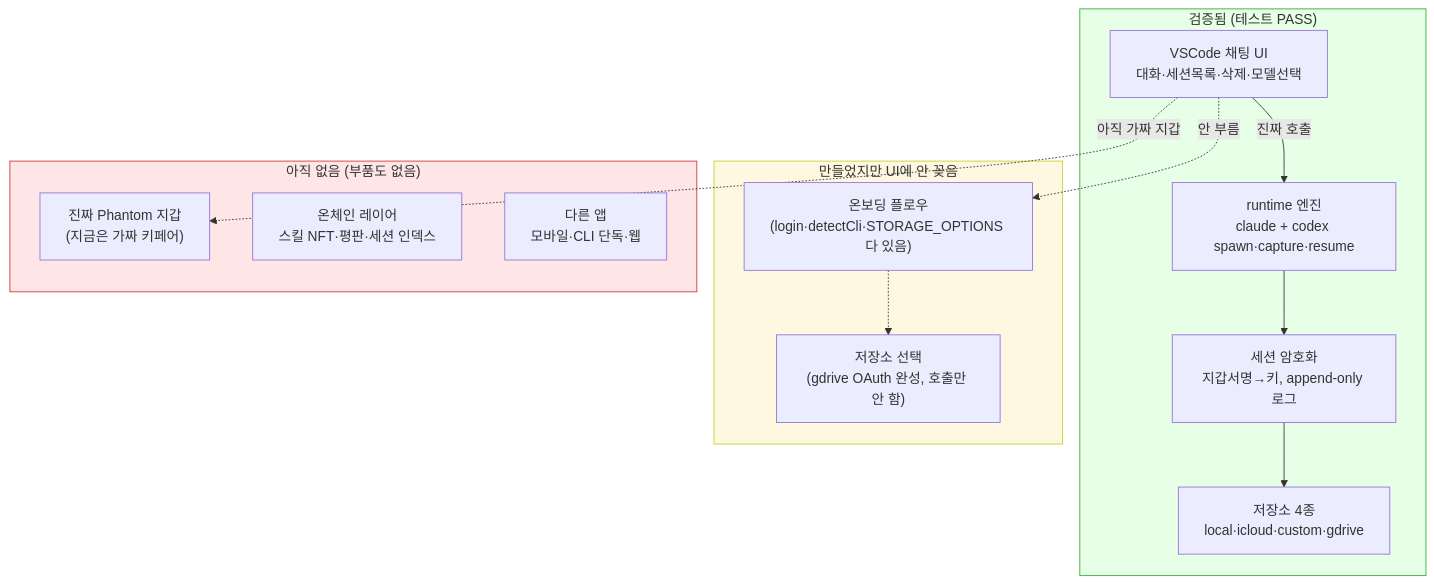
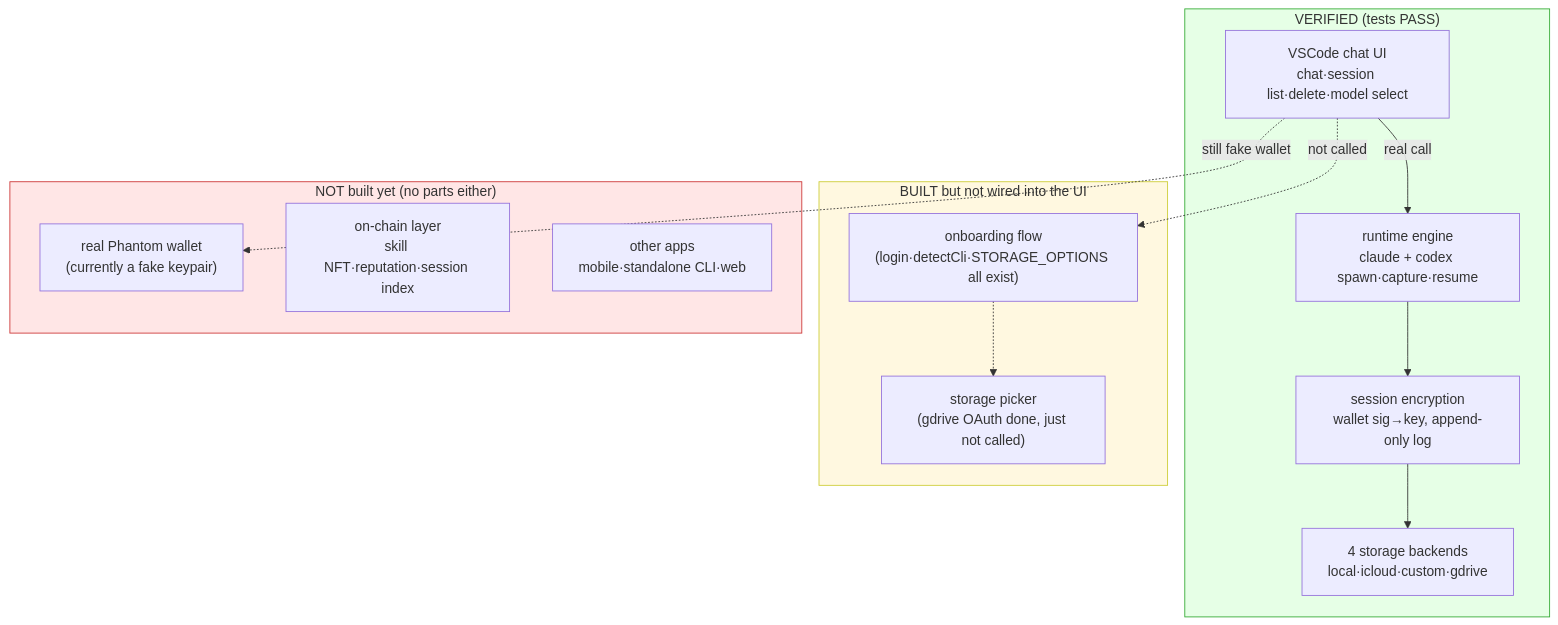
Before and after one commit to IQCoreTeam/AgentNet: the first of 2 diagrams in plans/STATUS.md, drawn with Mermaid. The commit also changed other lines of this file, not shown here.

````diff
--- a/plans/STATUS.md
+++ b/plans/STATUS.md
@@ -12,28 +13,28 @@
 ```mermaid
 flowchart TB
-    subgraph DONE["검증됨 (테스트 PASS)"]
-        ENGINE["runtime 엔진<br/>claude + codex spawn·capture·resume"]
-        CRYPTO["세션 암호화<br/>지갑서명→키, append-only 로그"]
-        STORE["저장소 4종<br/>local·icloud·custom·gdrive"]
-        UICHAT["VSCode 채팅 UI<br/>대화·세션목록·삭제·모델선택"]
+    subgraph DONE["VERIFIED (tests PASS)"]
+        ENGINE["runtime engine<br/>claude + codex spawn·capture·resume"]
+        CRYPTO["session encryption<br/>wallet sig→key, append-only log"]
+        STORE["4 storage backends<br/>local·icloud·custom·gdrive"]
+        UICHAT["VSCode chat UI<br/>chat·session list·delete·model select"]
     end
-    subgraph WIRED_NOT["만들었지만 UI에 안 꽂음"]
-        ONBOARD["온보딩 플로우<br/>(login·detectCli·STORAGE_OPTIONS 다 있음)"]
-        CLOUDPICK["저장소 선택<br/>(gdrive OAuth 완성, 호출만 안 함)"]
+    subgraph WIRED_NOT["BUILT but not wired into the UI"]
+        ONBOARD["onboarding flow<br/>(login·detectCli·STORAGE_OPTIONS all exist)"]
+        CLOUDPICK["storage picker<br/>(gdrive OAuth done, just not called)"]
     end
-    subgraph MISSING["아직 없음 (부품도 없음)"]
-        PHANTOM["진짜 Phantom 지갑<br/>(지금은 가짜 키페어)"]
-        ONCHAIN["온체인 레이어<br/>스킬 NFT·평판·세션 인덱스"]
-        OTHERAPPS["다른 앱<br/>모바일·CLI 단독·웹"]
+    subgraph MISSING["NOT built yet (no parts either)"]
+        PHANTOM["real Phantom wallet<br/>(currently a fake keypair)"]
+        ONCHAIN["on-chain layer<br/>skill NFT·reputation·session index"]
+        OTHERAPPS["other apps<br/>mobile·standalone CLI·web"]
     end
 
-    UICHAT -->|"진짜 호출"| ENGINE
+    UICHAT -->|"real call"| ENGINE
     ENGINE --> CRYPTO --> STORE
-    UICHAT -.->|"아직 가짜 지갑"| PHANTOM
-    UICHAT -.->|"안 부름"| ONBOARD
+    UICHAT -.->|"still fake wallet"| PHANTOM
+    UICHAT -.->|"not called"| ONBOARD
     ONBOARD -.-> CLOUDPICK
 
     style DONE fill:#e6ffe6,stroke:#3a3
     style WIRED_NOT fill:#fff8e0,stroke:#cc3
     style MISSING fill:#ffe6e6,stroke:#c33
 ```
````
